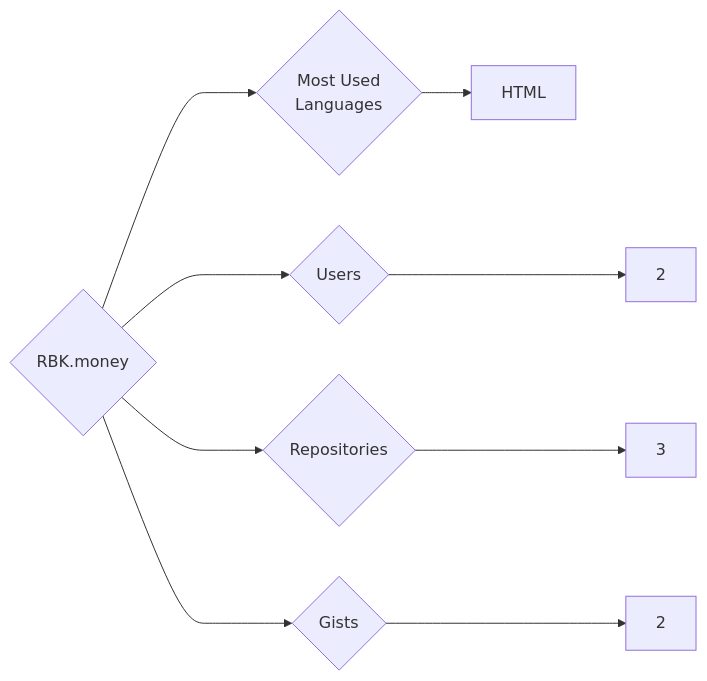
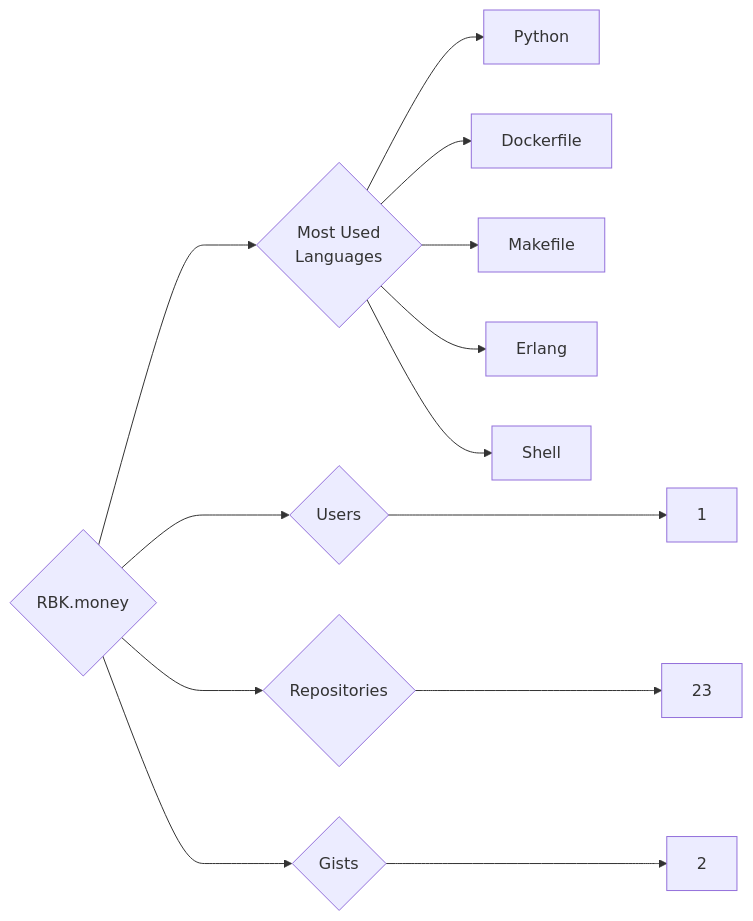
Before and after one commit to trickest/insiders: the diagram in targets/RBK.money/README.md, drawn with Mermaid. The commit also changed 940 other files, not shown here.

````diff
--- a/targets/RBK.money/README.md
+++ b/targets/RBK.money/README.md
@@ -3,9 +3,13 @@
 ```mermaid
 graph LR
 COMPANY_NAME{RBK.money}
-COMPANY_NAME ---> U{Users} ---> UN[2]
-COMPANY_NAME ---> R{Repositories} ---> RN[3]
+COMPANY_NAME ---> U{Users} ---> UN[1]
+COMPANY_NAME ---> R{Repositories} ---> RN[23]
 COMPANY_NAME ---> G{Gists} ---> GN[2]
 COMPANY_NAME ---> ML{Most Used<br>Languages}
-ML --> HTML[HTML]
+ML --> Python[Python]
+ML --> Dockerfile[Dockerfile]
+ML --> Makefile[Makefile]
+ML --> Erlang[Erlang]
+ML --> Shell[Shell]
 ```
````
